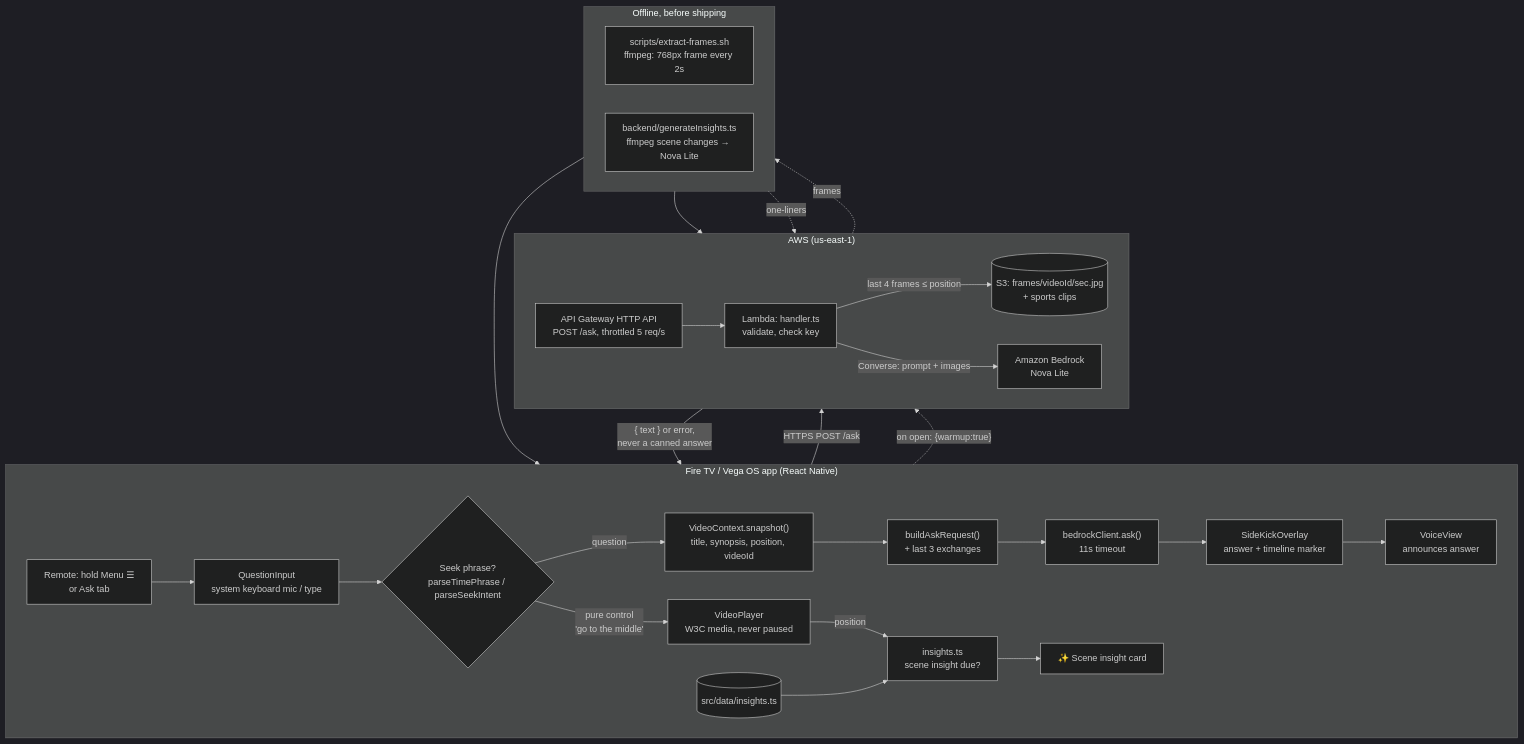
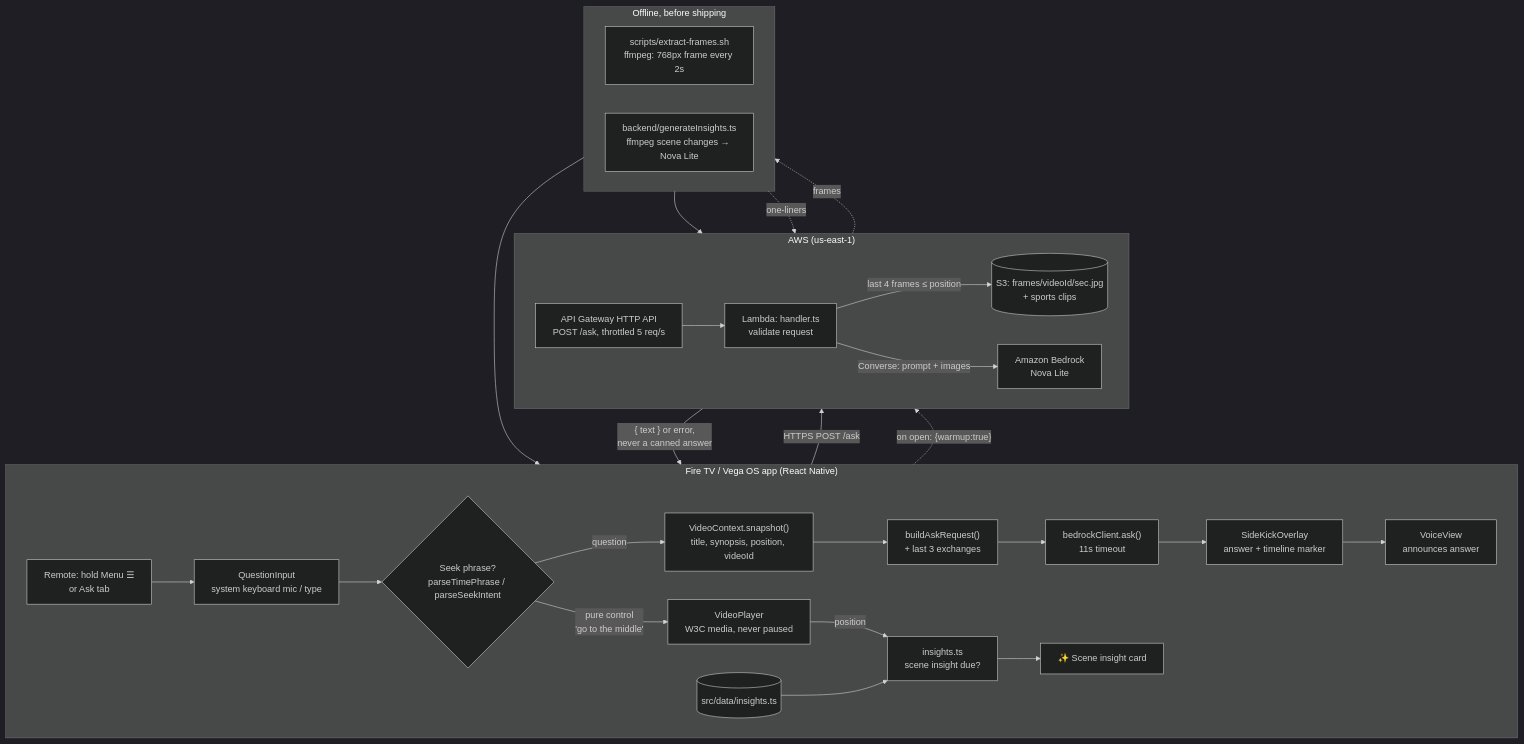
Before and after one commit to Sk031397/WaitWhat: the diagram in README.md, drawn with Mermaid (dark theme). The commit also changed other lines of this file and 1 other file, not shown here.

Commit message:
Architecture diagram: drop the removed shared key

````diff
--- a/README.md
+++ b/README.md
@@ -83,36 +83,36 @@
 ```mermaid
 flowchart TB
   subgraph TV["Fire TV / Vega OS app (React Native)"]
     direction LR
     Remote["Remote: hold Menu ☰<br/>or Ask tab"] --> Input["QuestionInput<br/>system keyboard mic / type"]
     Input --> Router{"Seek phrase?<br/>parseTimePhrase / parseSeekIntent"}
     Router -- "pure control<br/>'go to the middle'" --> Player["VideoPlayer<br/>W3C media, never paused"]
     Router -- question --> Snap["VideoContext.snapshot()<br/>title, synopsis, position, videoId"]
     Snap --> Build["buildAskRequest()<br/>+ last 3 exchanges"]
     Build --> Client["bedrockClient.ask()<br/>11s timeout"]
     Client --> Overlay["SideKickOverlay<br/>answer + timeline marker"]
     Overlay --> VoiceView["VoiceView<br/>announces answer"]
     Player -- position --> Insights["insights.ts<br/>scene insight due?"]
     InsightData[("src/data/insights.ts")] --> Insights
     Insights --> Card["✨ Scene insight card"]
   end
 
   subgraph AWS["AWS (us-east-1)"]
     direction LR
-    APIGW["API Gateway HTTP API<br/>POST /ask, throttled 5 req/s"] --> Lambda["Lambda: handler.ts<br/>validate, check key"]
+    APIGW["API Gateway HTTP API<br/>POST /ask, throttled 5 req/s"] --> Lambda["Lambda: handler.ts<br/>validate request"]
     Lambda -- "last 4 frames ≤ position" --> S3[("S3: frames/videoId/sec.jpg<br/>+ sports clips")]
     Lambda -- "Converse: prompt + images" --> Bedrock["Amazon Bedrock<br/>Nova Lite"]
   end
 
   Client -- "HTTPS POST /ask" --> APIGW
   Lambda -- "{ text } or error,<br/>never a canned answer" --> Client
   Player -. "on open: {warmup:true}" .-> APIGW
 
   subgraph Offline["Offline, before shipping"]
     direction LR
     Extract["scripts/extract-frames.sh<br/>ffmpeg: 768px frame every 2s"] --> S3
     Gen["backend/generateInsights.ts<br/>ffmpeg scene changes → Nova Lite"] --> InsightData
   end
   S3 -. frames .-> Gen
   Gen -. "one-liners" .-> Bedrock
 ```
````
